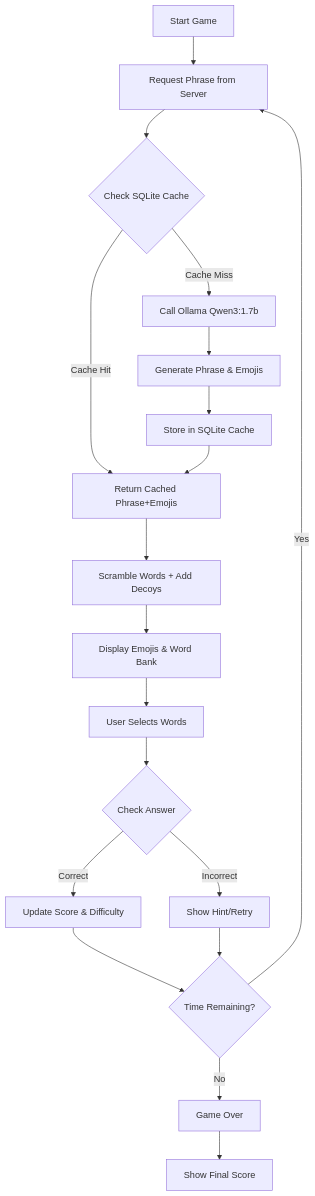
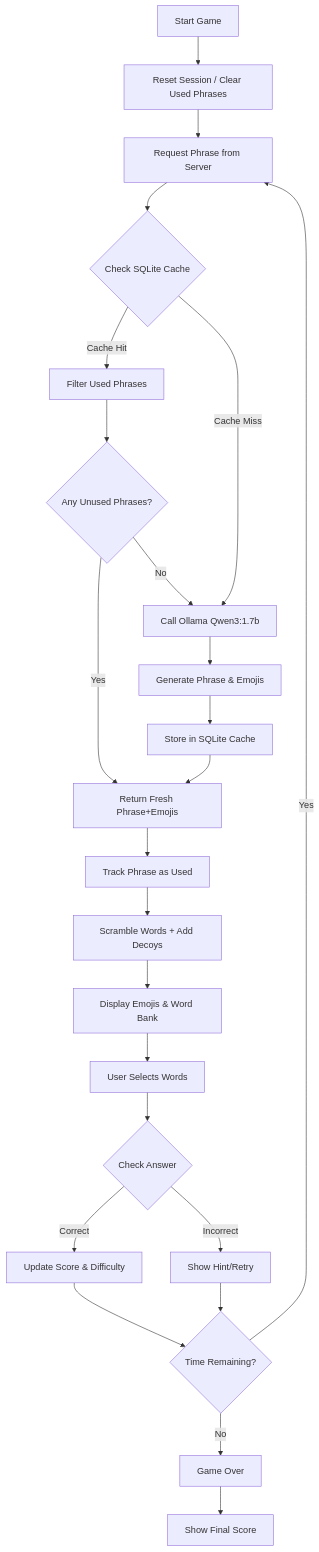
One commit to yogthos/emojiq changed the first of 2 diagrams in architecture.md. Above: the diagram before and after it, drawn with Mermaid. The commit also changed other lines of this file and 6 other files, not shown here.

````diff
--- a/architecture.md
+++ b/architecture.md
@@ -5,21 +5,26 @@
 ```mermaid
 flowchart TD
-    A[Start Game] --> B[Request Phrase from Server]
-    B --> C{Check SQLite Cache}
-    C -->|Cache Hit| D[Return Cached Phrase+Emojis]
-    C -->|Cache Miss| E[Call Ollama Qwen3:1.7b]
-    E --> F[Generate Phrase & Emojis]
-    F --> G[Store in SQLite Cache]
-    G --> D
-    D --> H[Scramble Words + Add Decoys]
-    H --> I[Display Emojis & Word Bank]
-    I --> J[User Selects Words]
-    J --> K{Check Answer}
-    K -->|Correct| L[Update Score & Difficulty]
-    K -->|Incorrect| M[Show Hint/Retry]
-    L --> N{Time Remaining?}
-    M --> N
-    N -->|Yes| B
-    N -->|No| O[Game Over]
-    O --> P[Show Final Score]
+    A[Start Game] --> B[Reset Session / Clear Used Phrases]
+    B --> C[Request Phrase from Server]
+    C --> D{Check SQLite Cache}
+    D -->|Cache Hit| E[Filter Used Phrases]
+    D -->|Cache Miss| F[Call Ollama Qwen3:1.7b]
+    E --> G{Any Unused Phrases?}
+    G -->|Yes| H[Return Fresh Phrase+Emojis]
+    G -->|No| F
+    F --> I[Generate Phrase & Emojis]
+    I --> J[Store in SQLite Cache]
+    J --> H
+    H --> K[Track Phrase as Used]
+    K --> L[Scramble Words + Add Decoys]
+    L --> M[Display Emojis & Word Bank]
+    M --> N[User Selects Words]
+    N --> O{Check Answer}
+    O -->|Correct| P[Update Score & Difficulty]
+    O -->|Incorrect| Q[Show Hint/Retry]
+    P --> R{Time Remaining?}
+    Q --> R
+    R -->|Yes| C
+    R -->|No| S[Game Over]
+    S --> T[Show Final Score]
 ```
````
